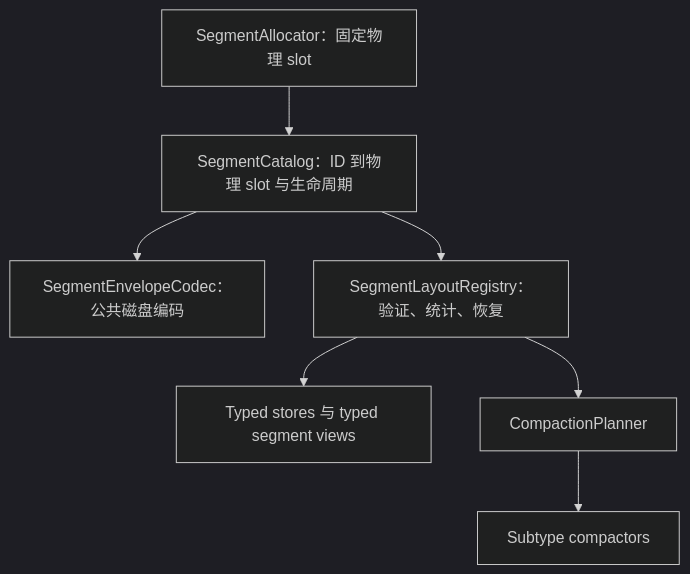
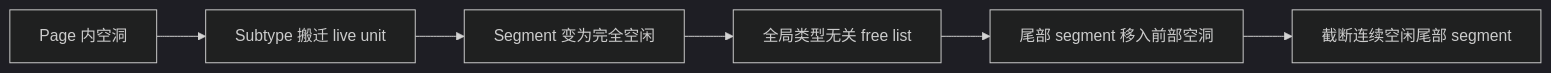
One commit to nexepic/zyx changed the third of 3 diagrams in docs/apps/docs/content/docs/zh/zyx/architecture/segment-storage-vnext.mdx. Above: the diagram before and after it, drawn with Mermaid (dark theme). The commit also changed other lines of this file and 1 other file, not shown here.

Commit message:
Document segment storage migration plan

````diff
--- a/docs/apps/docs/content/docs/zh/zyx/architecture/segment-storage-vnext.mdx
+++ b/docs/apps/docs/content/docs/zh/zyx/architecture/segment-storage-vnext.mdx
@@ -158,16 +336,8 @@
 ```mermaid
-flowchart TD
-    A["SegmentAllocator：固定物理 slot"]
-    B["SegmentCatalog：ID 到物理 slot 与生命周期"]
-    C["SegmentEnvelopeCodec：公共磁盘编码"]
-    D["SegmentLayoutRegistry：验证、统计、恢复"]
-    E["Typed stores 与 typed segment views"]
-    F["CompactionPlanner"]
-    G["Subtype compactors"]
-    A --> B
-    B --> C
-    B --> D
-    D --> E
-    D --> F
-    F --> G
+flowchart LR
+    A["Page 内空洞"] --> B["Subtype 搬迁 live unit"]
+    B --> C["Segment 变为完全空闲"]
+    C --> D["全局类型无关 free list"]
+    D --> E["尾部 segment 移入前部空洞"]
+    E --> F["截断连续空闲尾部 segment"]
 ```
````
